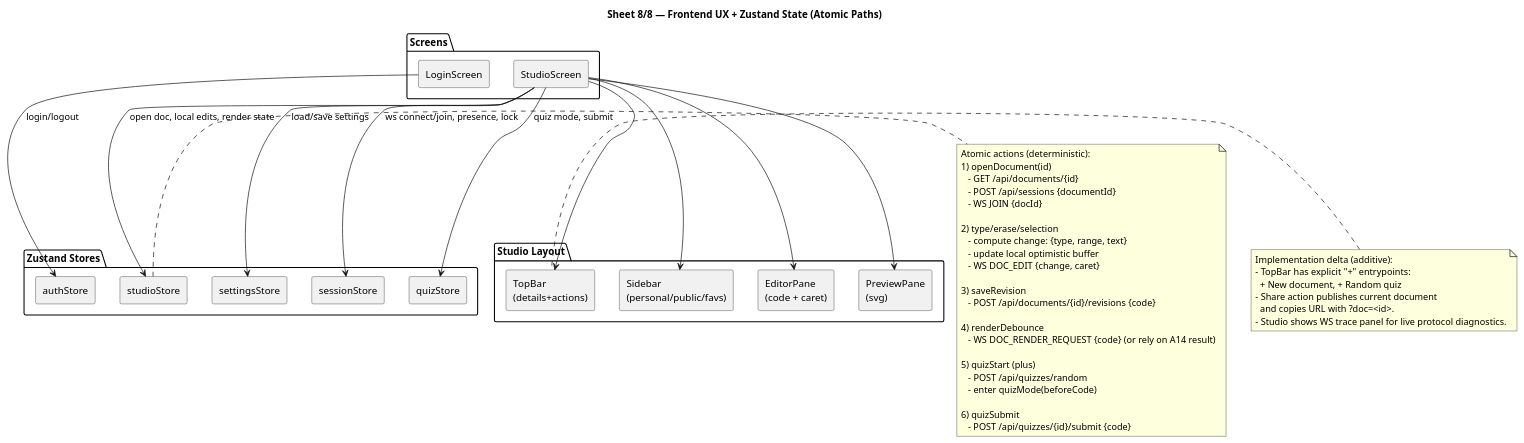
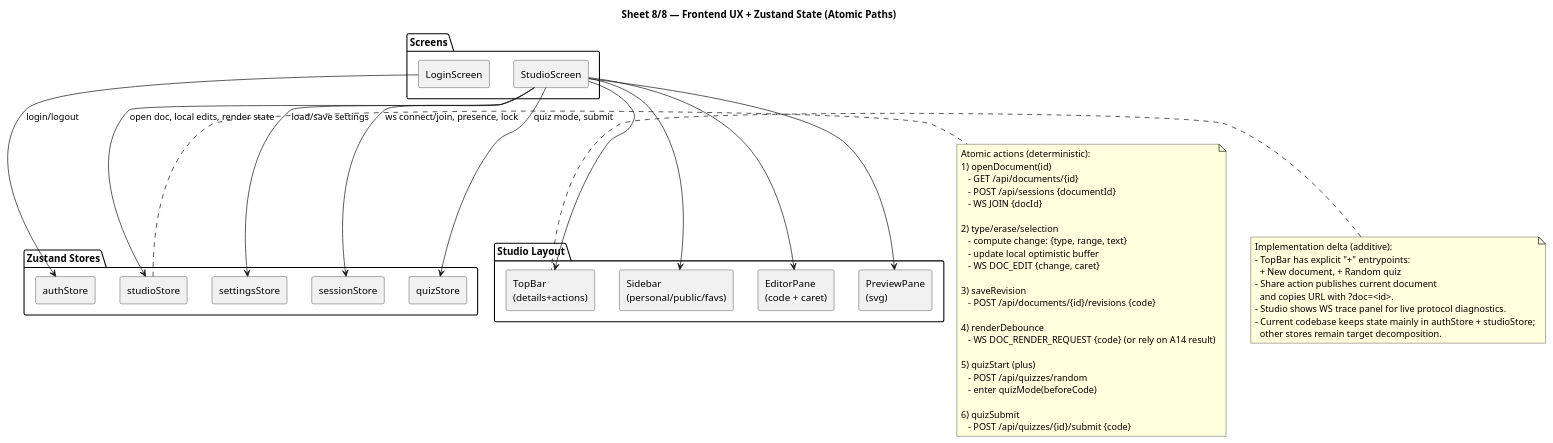
One commit to proger4/plantuml changed the diagram in docs/ux.puml. Above: the diagram before and after it, drawn with PlantUML. The commit also changed 10 other files, not shown here.

```diff
--- a/docs/ux.puml
+++ b/docs/ux.puml
@@ -1,72 +1,74 @@
 @startuml
 title Sheet 8/8 — Frontend UX + Zustand State (Atomic Paths)
 
 skinparam componentStyle rectangle
 
 package "Screens" {
   [LoginScreen] as SLogin
   [StudioScreen] as SStudio
 }
 
 package "Studio Layout" {
   [TopBar\n(details+actions)] as Top
   [Sidebar\n(personal/public/favs)] as Side
   [EditorPane\n(code + caret)] as Editor
   [PreviewPane\n(svg)] as Preview
 }
 
 package "Zustand Stores" {
   [authStore] as Auth
   [settingsStore] as Set
   [studioStore] as Studio
   [sessionStore] as Sess
   [quizStore] as Quiz
 }
 
 SLogin --> Auth : login/logout
 SStudio --> Set : load/save settings
 SStudio --> Studio : open doc, local edits, render state
 SStudio --> Sess : ws connect/join, presence, lock
 SStudio --> Quiz : quiz mode, submit
 
 SStudio --> Top
 SStudio --> Side
 SStudio --> Editor
 SStudio --> Preview
 
 note right of Studio
 Atomic actions (deterministic):
 1) openDocument(id)
    - GET /api/documents/{id}
    - POST /api/sessions {documentId}
    - WS JOIN {docId}
 
 2) type/erase/selection
    - compute change: {type, range, text}
    - update local optimistic buffer
    - WS DOC_EDIT {change, caret}
 
 3) saveRevision
    - POST /api/documents/{id}/revisions {code}
 
 4) renderDebounce
    - WS DOC_RENDER_REQUEST {code} (or rely on A14 result)
 
 5) quizStart (plus)
    - POST /api/quizzes/random
    - enter quizMode(beforeCode)
 
 6) quizSubmit
    - POST /api/quizzes/{id}/submit {code}
 end note
 
 note left of Top
 Implementation delta (additive):
 - TopBar has explicit "+" entrypoints:
   + New document, + Random quiz
 - Share action publishes current document
   and copies URL with ?doc=<id>.
 - Studio shows WS trace panel for live protocol diagnostics.
+- Current codebase keeps state mainly in authStore + studioStore;
+  other stores remain target decomposition.
 end note
 
 @enduml
```
